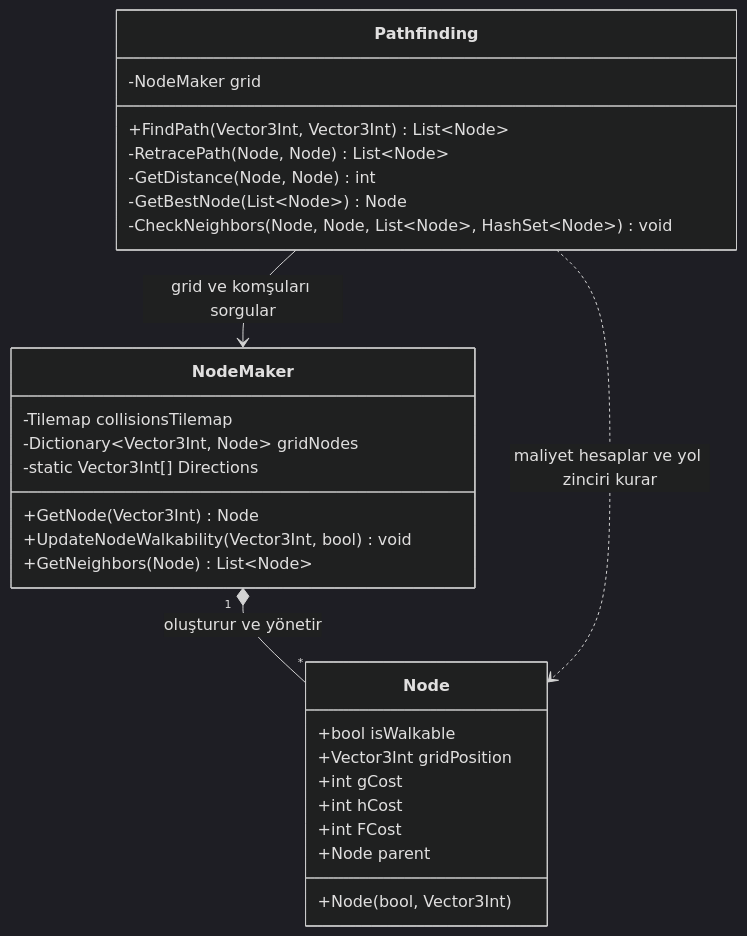
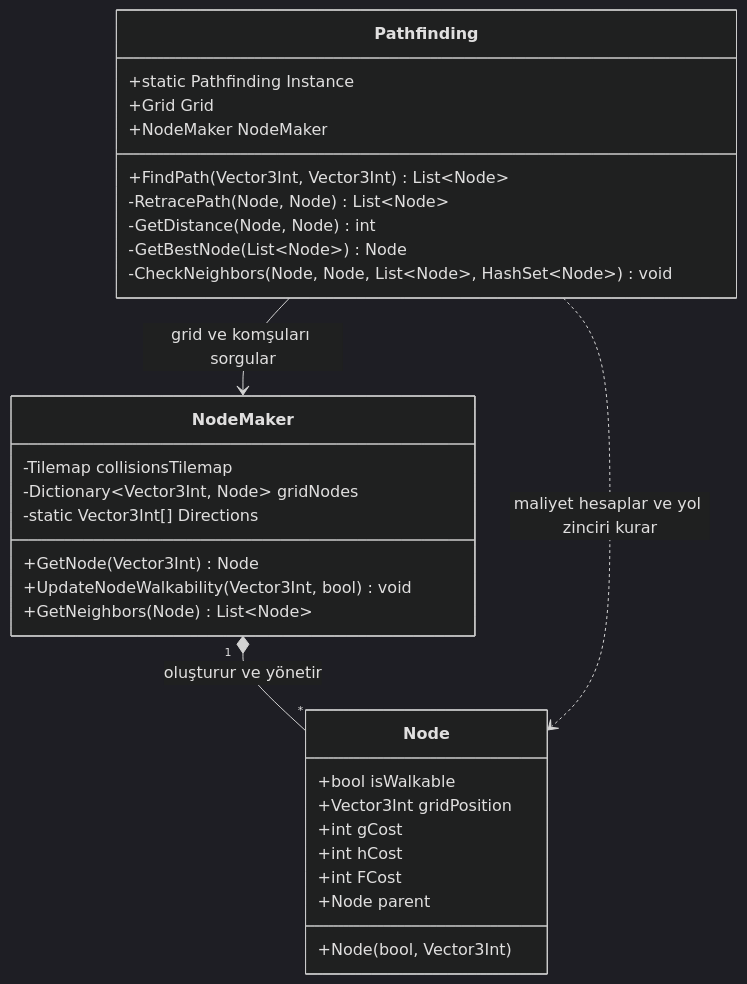
One commit to omerbartug/unity-mining-game changed the first of 2 diagrams in Assets/Documentation/PathFinding.md. Above: the diagram before and after it, drawn with Mermaid (dark theme). The commit also changed other lines of this file and 9 other files, not shown here.

First line of the commit message:
docs: complete system architecture - open for feature development

````diff
--- a/Assets/Documentation/PathFinding.md
+++ b/Assets/Documentation/PathFinding.md
@@ -14,34 +14,36 @@
 ```mermaid
 classDiagram
     class Node {
         +bool isWalkable
         +Vector3Int gridPosition
         +int gCost
         +int hCost
         +int FCost
         +Node parent
         +Node(bool, Vector3Int)
     }
 
     class NodeMaker {
         -Tilemap collisionsTilemap
         -Dictionary~Vector3Int, Node~ gridNodes
         -static Vector3Int[] Directions
         +GetNode(Vector3Int) Node
         +UpdateNodeWalkability(Vector3Int, bool) void
         +GetNeighbors(Node) List~Node~
     }
 
     class Pathfinding {
-        -NodeMaker grid
+        +static Pathfinding Instance
+        +Grid Grid
+        +NodeMaker NodeMaker
         +FindPath(Vector3Int, Vector3Int) List~Node~
         -RetracePath(Node, Node) List~Node~
         -GetDistance(Node, Node) int
         -GetBestNode(List~Node~) Node
         -CheckNeighbors(Node, Node, List~Node~, HashSet~Node~) void
     }
 
     NodeMaker "1" *-- "*" Node : oluşturur ve yönetir
     Pathfinding --> NodeMaker : grid ve komşuları sorgular
     Pathfinding ..> Node : maliyet hesaplar ve yol zinciri kurar
 ```
````
